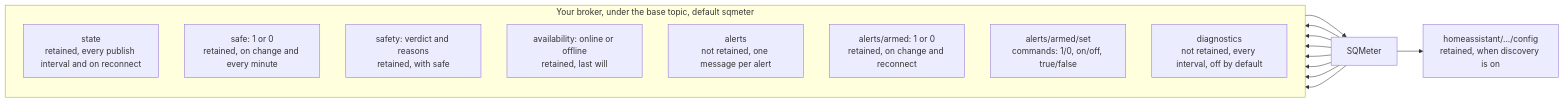
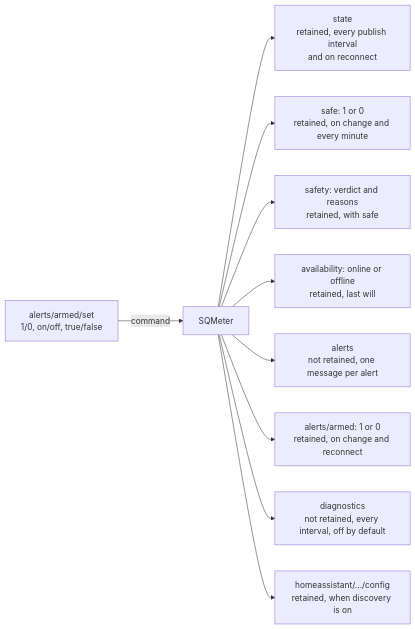
One commit to DeanJ87/SQMeter changed the diagram in docs/user-guide/mqtt.md. Above: the diagram before and after it, drawn with Mermaid. The commit also changed other lines of this file and 3 other files, not shown here.

Commit message:
docs: clearer MQTT map, readable sequence branches, compact alert gates (024 T032 render review)

````diff
--- a/docs/user-guide/mqtt.md
+++ b/docs/user-guide/mqtt.md
@@ -56,27 +56,14 @@
 ```mermaid
 flowchart LR
     accTitle: MQTT topic map
-    accDescr: SQMeter publishes state, safe, safety, availability, alerts, alerts/armed and diagnostics under its base topic, plus Home Assistant discovery under the discovery prefix, and listens on alerts/armed/set.
-    D["SQMeter"]
-    subgraph broker["Your broker, under the base topic, default sqmeter"]
-        direction TB
-        STATE["state<br/>retained, every publish interval and on reconnect"]
-        SAFE["safe: 1 or 0<br/>retained, on change and every minute"]
-        SAFETY["safety: verdict and reasons<br/>retained, with safe"]
-        AVAIL["availability: online or offline<br/>retained, last will"]
-        ALERTS["alerts<br/>not retained, one message per alert"]
-        ARMED["alerts/armed: 1 or 0<br/>retained, on change and reconnect"]
-        SET["alerts/armed/set<br/>commands: 1/0, on/off, true/false"]
-        DIAG["diagnostics<br/>not retained, every interval, off by default"]
-    end
-    DISC["homeassistant/.../config<br/>retained, when discovery is on"]
-    D --> STATE
-    D --> SAFE
-    D --> SAFETY
-    D --> AVAIL
-    D --> ALERTS
-    D --> ARMED
-    D --> DIAG
-    D --> DISC
-    SET --> D
+    accDescr: SQMeter listens on alerts/armed/set and publishes state, safe, safety, availability, alerts, alerts/armed and diagnostics under its base topic, plus Home Assistant discovery under the discovery prefix.
+    SET["alerts/armed/set<br/>1/0, on/off, true/false"] -->|command| D["SQMeter"]
+    D --> STATE["state<br/>retained, every publish interval<br/>and on reconnect"]
+    D --> SAFE["safe: 1 or 0<br/>retained, on change and every minute"]
+    D --> SAFETY["safety: verdict and reasons<br/>retained, with safe"]
+    D --> AVAIL["availability: online or offline<br/>retained, last will"]
+    D --> ALERTS["alerts<br/>not retained, one message per alert"]
+    D --> ARMED["alerts/armed: 1 or 0<br/>retained, on change and reconnect"]
+    D --> DIAG["diagnostics<br/>not retained, every interval, off by default"]
+    D --> DISC["homeassistant/.../config<br/>retained, when discovery is on"]
 ```
````
